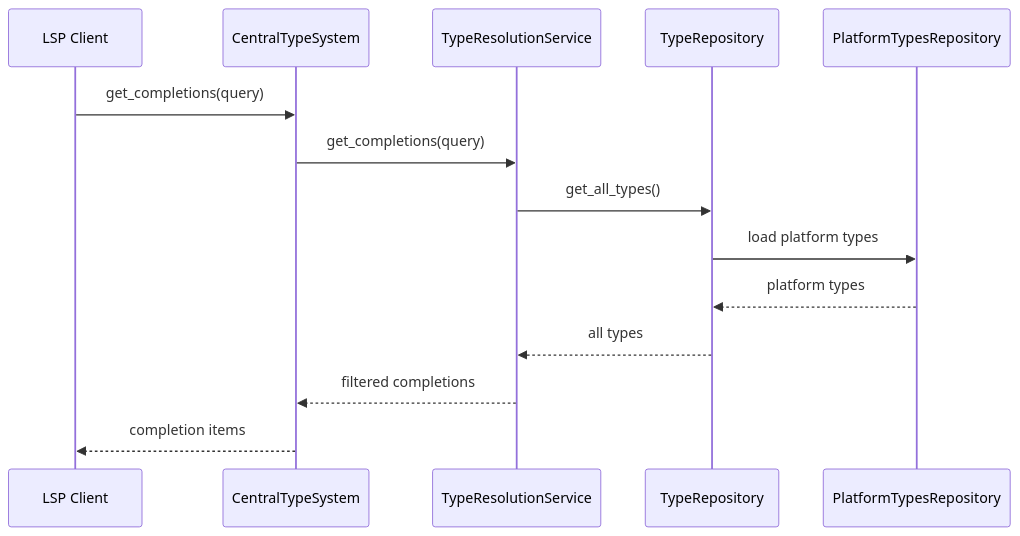
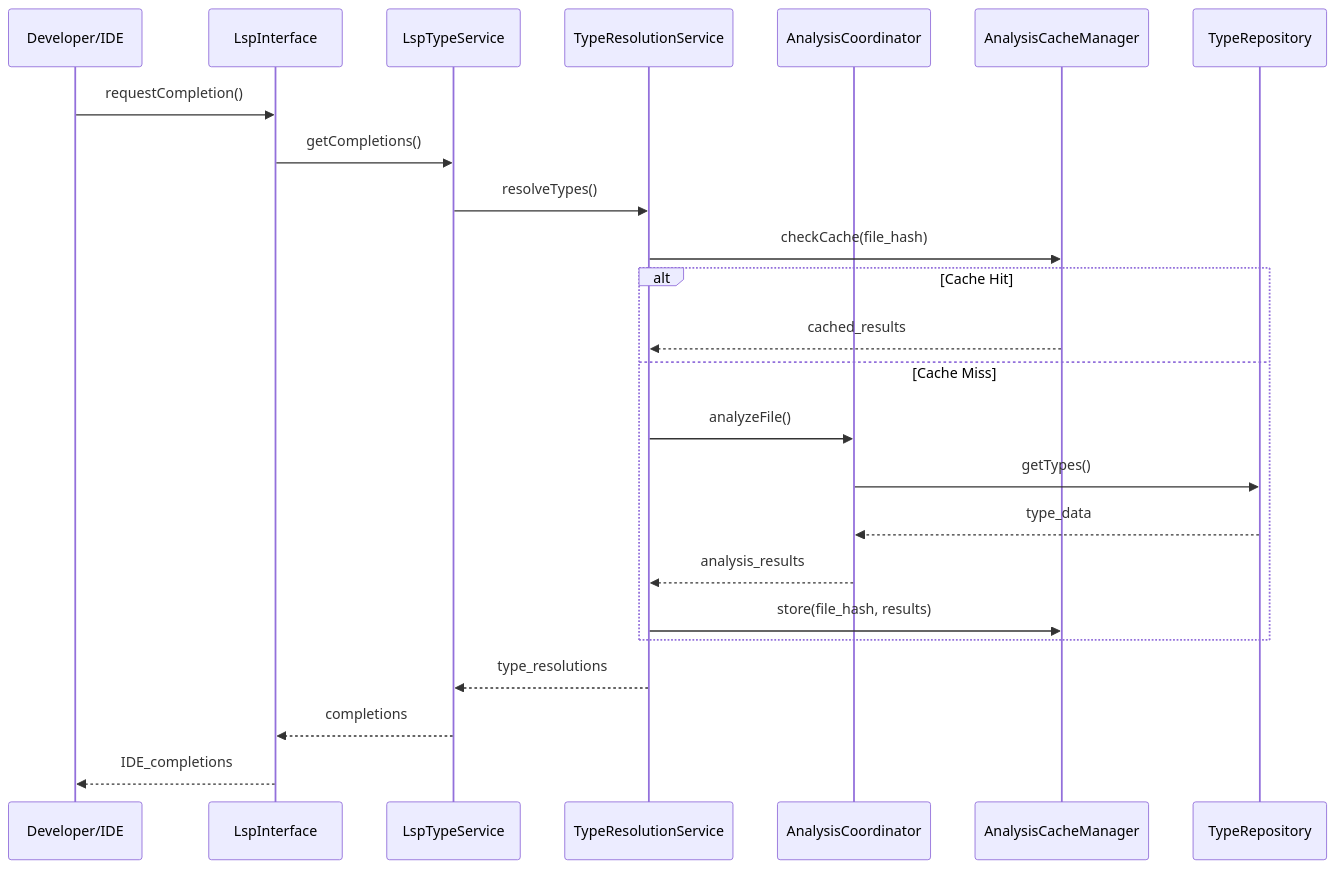
One commit to defin85/bsl-gradual-types changed the seventh of 8 diagrams in docs/architecture_layers_diagram.md. Above: the diagram before and after it, drawn with Mermaid. The commit also changed other lines of this file and 68 other files, not shown here.

First line of the commit message:
feat: Implement System Coordinator and Type System Service

````diff
--- a/docs/architecture_layers_diagram.md
+++ b/docs/architecture_layers_diagram.md
@@ -109,17 +912,29 @@
 ```mermaid
 sequenceDiagram
-    participant LSP as LSP Client
-    participant Central as CentralTypeSystem
-    participant Resolution as TypeResolutionService
+    participant User as Developer/IDE
+    participant LSP as LspInterface  
+    participant Svc as LspTypeService
+    participant Res as TypeResolutionService
+    participant Coord as AnalysisCoordinator
+    participant Cache as AnalysisCacheManager
     participant Repo as TypeRepository
-    participant Platform as PlatformTypesRepository
     
-    LSP->>Central: get_completions(query)
-    Central->>Resolution: get_completions(query)
-    Resolution->>Repo: get_all_types()
-    Repo->>Platform: load platform types
-    Platform-->>Repo: platform types
-    Repo-->>Resolution: all types
-    Resolution-->>Central: filtered completions
-    Central-->>LSP: completion items
+    User->>LSP: requestCompletion()
+    LSP->>Svc: getCompletions()
+    Svc->>Res: resolveTypes()
+    
+    Res->>Cache: checkCache(file_hash)
+    alt Cache Hit
+        Cache-->>Res: cached_results
+    else Cache Miss
+        Res->>Coord: analyzeFile()
+        Coord->>Repo: getTypes()
+        Repo-->>Coord: type_data
+        Coord-->>Res: analysis_results
+        Res->>Cache: store(file_hash, results)
+    end
+    
+    Res-->>Svc: type_resolutions
+    Svc-->>LSP: completions
+    LSP-->>User: IDE_completions
 ```
````
